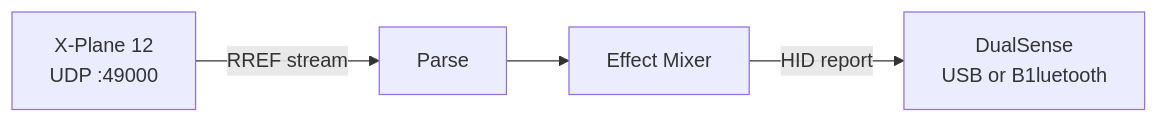
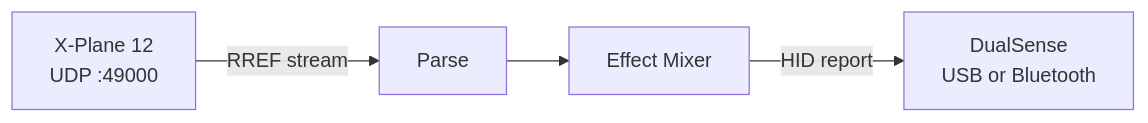
One commit to crusader290/xSense changed the diagram in README.md. Above: the diagram before and after it, drawn with Mermaid. The commit also changed other lines of this file and 11 other files, not shown here.

````diff
--- a/README.md
+++ b/README.md
@@ -9,6 +11,6 @@
 ```mermaid
 flowchart LR
     A[X-Plane 12<br/>UDP :49000] -->|RREF stream| B[Parse]
     B --> C[Effect Mixer]
-    C -->|HID report| D[DualSense<br/>USB or B1luetooth]
+    C -->|HID report| D[DualSense<br/>USB or Bluetooth]
 ```
````
